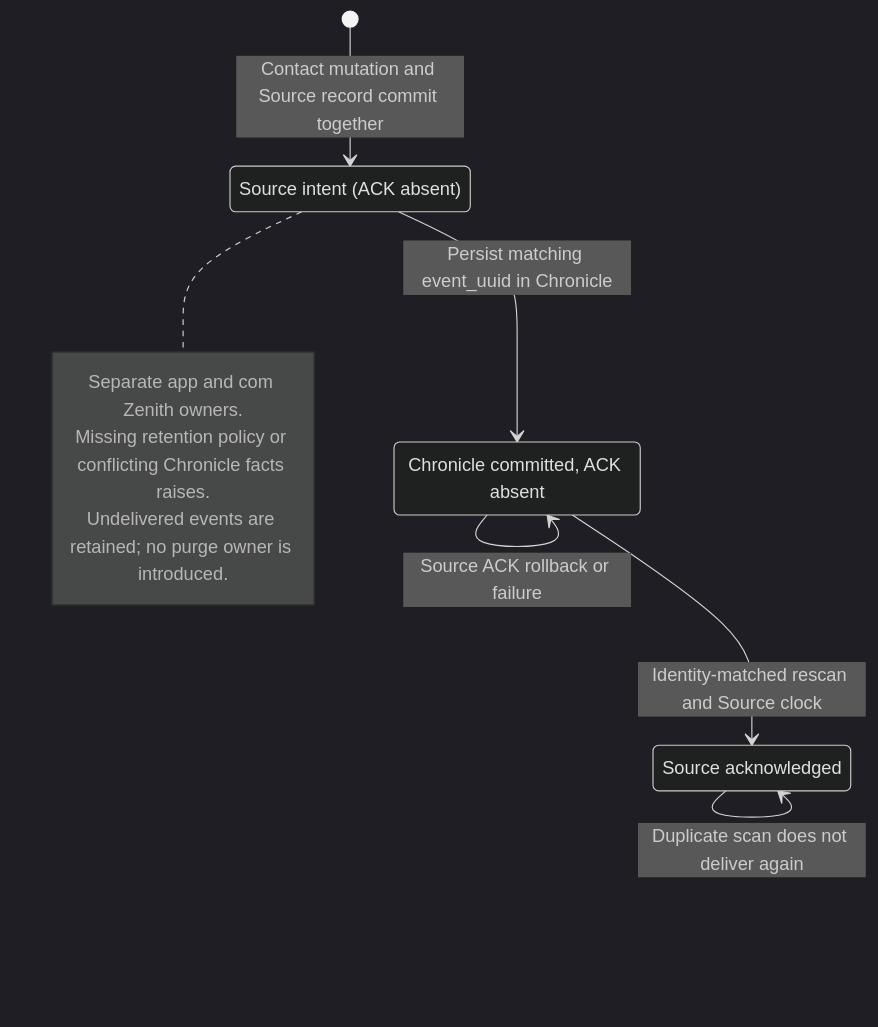
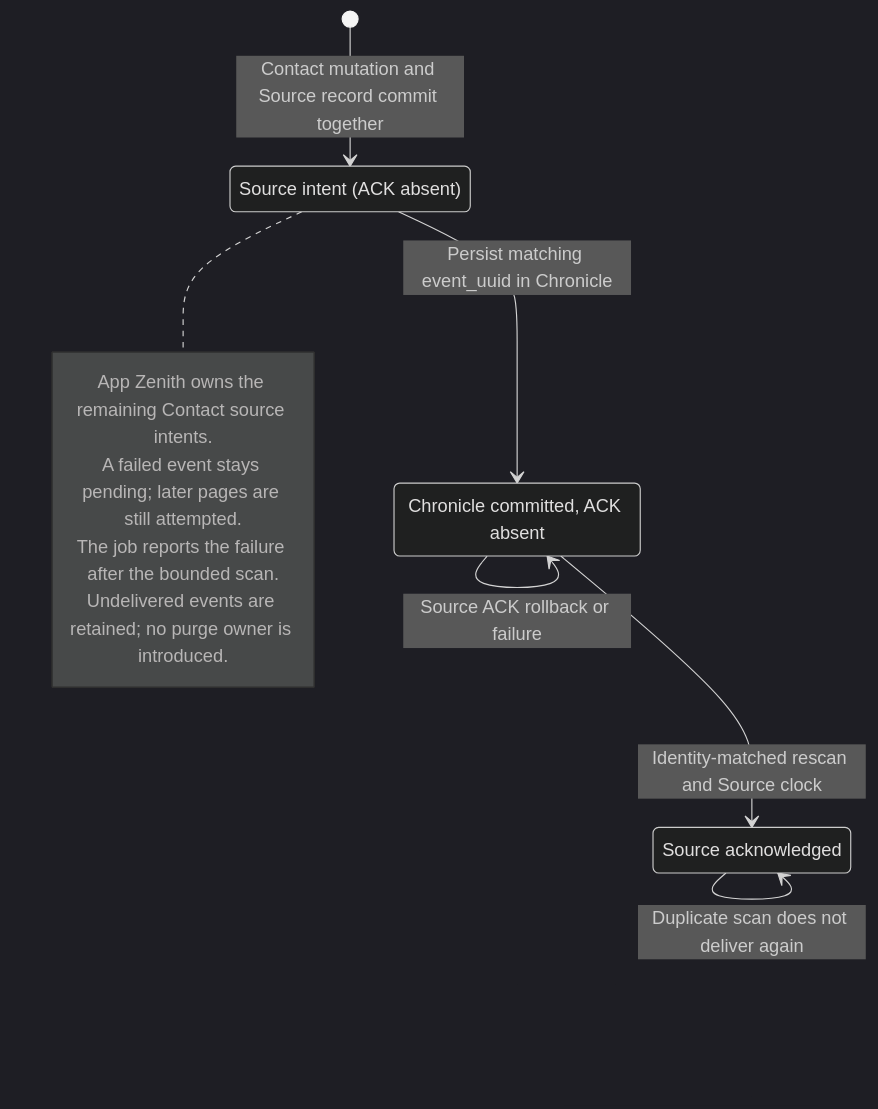
Before and after one commit to seahal/umaxica-apps-jit-global: the diagram in docs/mermaid/idp-contact-audit-outbox.mmd, drawn with Mermaid (dark theme). The commit also changed 3609 other files, not shown here.

```diff
--- a/docs/mermaid/idp-contact-audit-outbox.mmd
+++ b/docs/mermaid/idp-contact-audit-outbox.mmd
@@ -1,14 +1,15 @@
 stateDiagram-v2
     state "Source intent (ACK absent)" as Pending
     state "Chronicle committed, ACK absent" as Recoverable
     state "Source acknowledged" as Acknowledged
     [*] --> Pending: Contact mutation and Source record commit together
     Pending --> Recoverable: Persist matching event_uuid in Chronicle
     Recoverable --> Recoverable: Source ACK rollback or failure
     Recoverable --> Acknowledged: Identity-matched rescan and Source clock
     Acknowledged --> Acknowledged: Duplicate scan does not deliver again
     note right of Pending
-        Separate app and com Zenith owners.
-        Missing retention policy or conflicting Chronicle facts raises.
+        App Zenith owns the remaining Contact source intents.
+        A failed event stays pending; later pages are still attempted.
+        The job reports the failure after the bounded scan.
         Undelivered events are retained; no purge owner is introduced.
     end note
```
